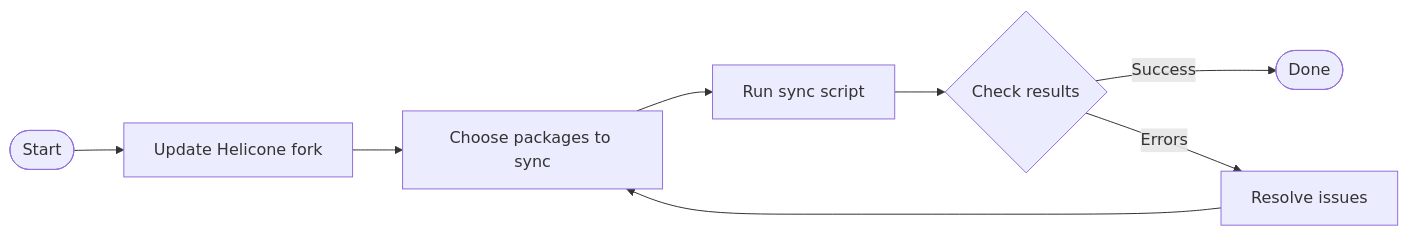
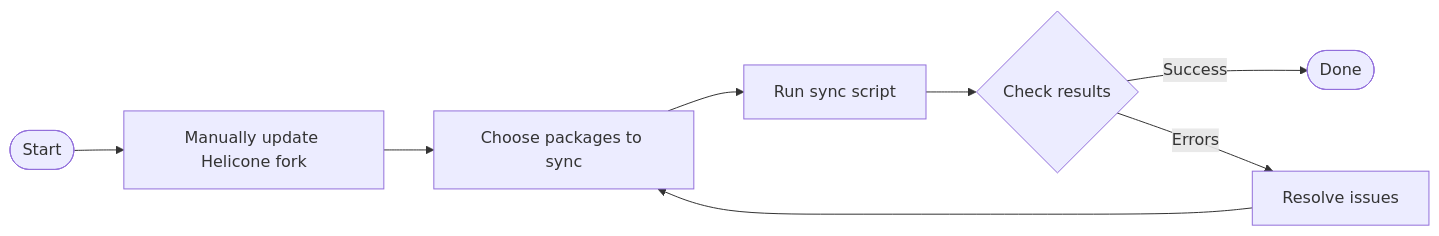
The diagram in SYNC_README.md (sparkz-development/helicone), drawn with Mermaid before and after one commit. The commit also changed other lines of this file, not shown here.

Commit message:
Clarify that the script does NOT update the Helicone fork automatically

````diff
--- a/SYNC_README.md
+++ b/SYNC_README.md
@@ -76,10 +78,10 @@
 ```mermaid
 flowchart LR
-    A([Start]) --> B[Update Helicone fork]
+    A([Start]) --> B[Manually update Helicone fork]
     B --> C[Choose packages to sync]
     C --> D[Run sync script]
     D --> E{Check results}
     E -->|Success| F([Done])
     E -->|Errors| G[Resolve issues]
     G --> C
 ```
````
